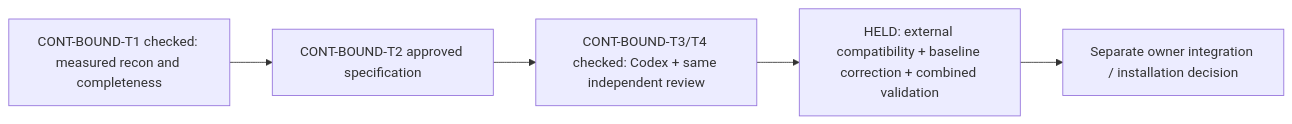
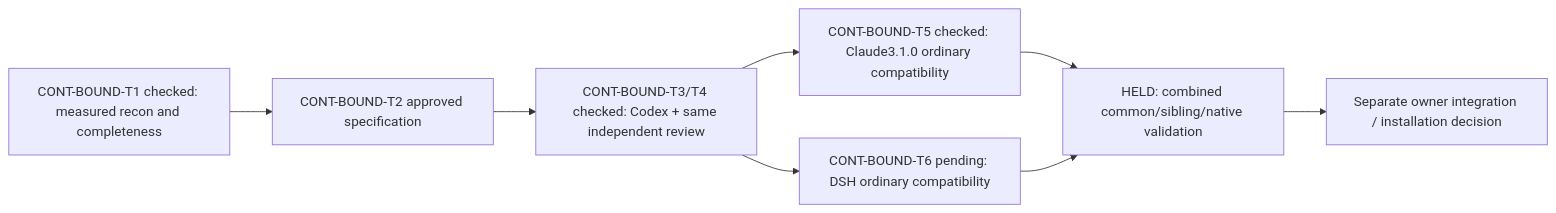
One commit to dm-uy/galaxica-sombrero changed the first of 7 diagrams in examples/pm-project/ROADMAP.md. Above: the diagram before and after it, drawn with Mermaid. The commit also changed other lines of this file and 3 other files, not shown here.

First line of the commit message:
docs: record Claude ordinary compatibility result and limits

````diff
--- a/examples/pm-project/ROADMAP.md
+++ b/examples/pm-project/ROADMAP.md
@@ -9,5 +11,9 @@
 ```mermaid
 flowchart LR
   CB1["CONT-BOUND-T1 checked: measured recon and completeness"] --> CB2["CONT-BOUND-T2 approved specification"] --> CB3["CONT-BOUND-T3/T4 checked: Codex + same independent review"]
-  CB3 --> CB4["HELD: external compatibility + baseline correction + combined validation"] --> CB5["Separate owner integration / installation decision"]
+  CB3 --> CB5C["CONT-BOUND-T5 checked: Claude3.1.0 ordinary compatibility"]
+  CB3 --> CB6D["CONT-BOUND-T6 pending: DSH ordinary compatibility"]
+  CB5C --> CB4["HELD: combined common/sibling/native validation"]
+  CB6D --> CB4
+  CB4 --> CB5["Separate owner integration / installation decision"]
 ```
````
